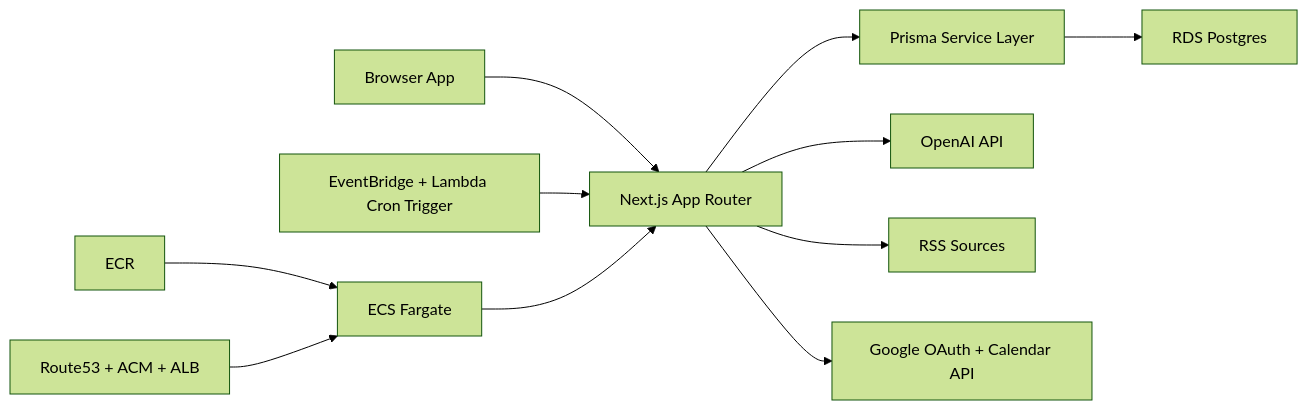
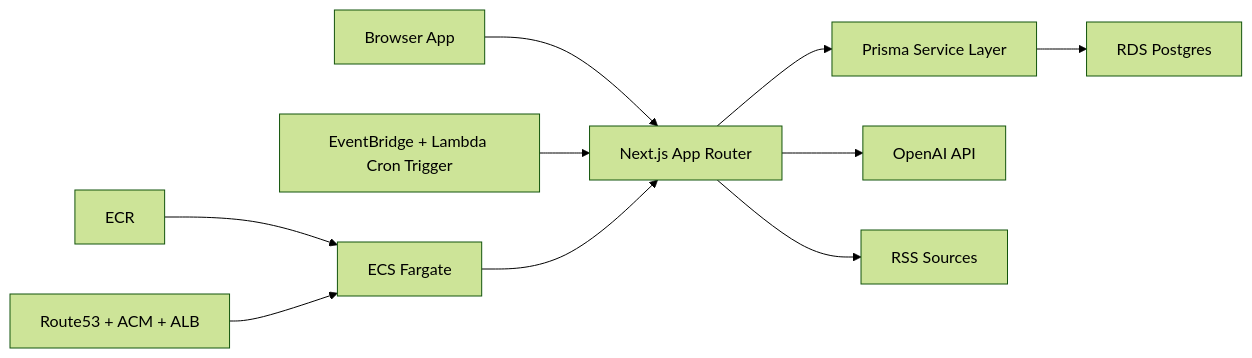
One commit to codekansas/lloyds changed the diagram in docs/architecture.md. Above: the diagram before and after it, drawn with Mermaid (forest theme). The commit also changed other lines of this file and 53 other files, not shown here.

````diff
--- a/docs/architecture.md
+++ b/docs/architecture.md
@@ -32,13 +31,12 @@
 ```mermaid
 flowchart LR
   A["Browser App"] --> B["Next.js App Router"]
   B --> C["Prisma Service Layer"]
   C --> D["RDS Postgres"]
   B --> E["OpenAI API"]
   B --> F["RSS Sources"]
-  B --> G["Google OAuth + Calendar API"]
   H["EventBridge + Lambda Cron Trigger"] --> B
   I["ECS Fargate"] --> B
   J["ECR"] --> I
   K["Route53 + ACM + ALB"] --> I
 ```
````
